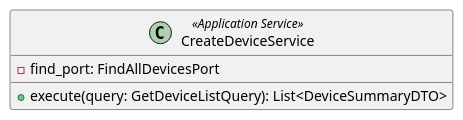
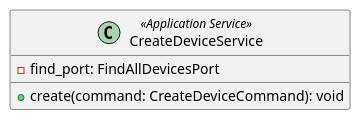
The diagram in src/PB/DocumentazioneEsterna/Specifica_Tecnica/content/uml/puml/Diagrammi_classi/Backend/ApplicationServices/CreateDeviceService.puml (GroupRubberDuck/Documentazione), drawn with PlantUML before and after one commit. The commit also changed 13 other files, not shown here.

Commit message:
Feat: completati diagrammi device

```diff
--- a/src/PB/DocumentazioneEsterna/Specifica_Tecnica/content/uml/puml/Diagrammi_classi/Backend/ApplicationServices/CreateDeviceService.puml
+++ b/src/PB/DocumentazioneEsterna/Specifica_Tecnica/content/uml/puml/Diagrammi_classi/Backend/ApplicationServices/CreateDeviceService.puml
@@ -1,9 +1,8 @@
 @startuml CreateDeviceService
 
 class CreateDeviceService <<Application Service>> {
     - find_port: FindAllDevicesPort
-
-    + execute(query: GetDeviceListQuery): List<DeviceSummaryDTO>
+    + create(command: CreateDeviceCommand): void
 }
 
 @enduml
```
